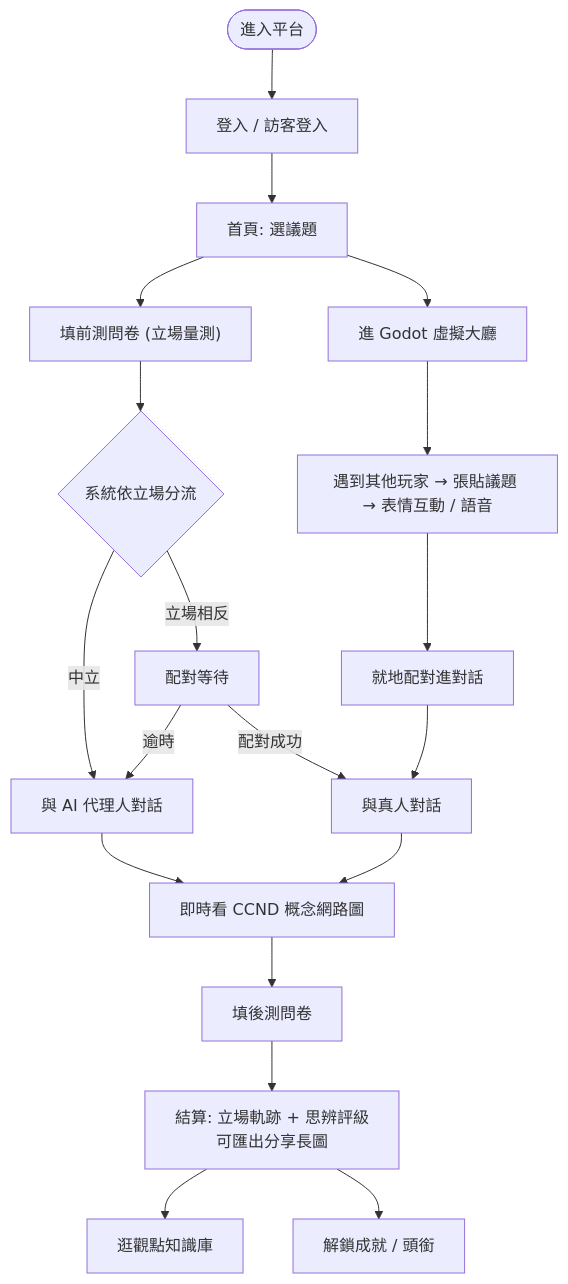
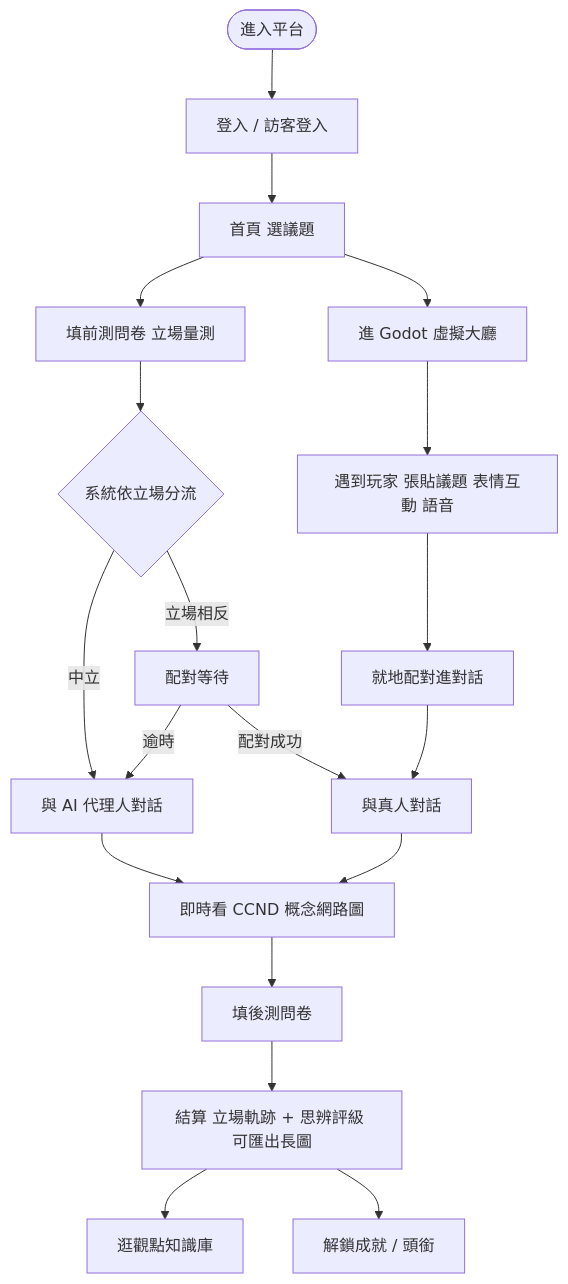
The sixth of 6 diagrams in ARCHITECTURE.md (Ceeeuu/TakeAbridge-Portfolio), drawn with Mermaid before and after one commit. The commit also changed other lines of this file, not shown here.

Commit message:
fix(docs): rewrite mermaid diagrams with widely-compatible syntax

````diff
--- a/ARCHITECTURE.md
+++ b/ARCHITECTURE.md
@@ -241,25 +241,25 @@
 ```mermaid
 flowchart TD
-    Start([進入平台]) --> Login["登入 / 訪客登入"]
-    Login --> Home["首頁: 選議題"]
-    Home --> Survey["填前測問卷 (立場量測)"]
+    Start(["進入平台"]) --> Login["登入 / 訪客登入"]
+    Login --> Home["首頁 選議題"]
+    Home --> Survey["填前測問卷 立場量測"]
     Survey --> Route{"系統依立場分流"}
 
     Route -->|中立| AIChat["與 AI 代理人對話"]
     Route -->|立場相反| Wait["配對等待"]
     Wait -->|逾時| AIChat
     Wait -->|配對成功| HHChat["與真人對話"]
 
     AIChat --> Tree["即時看 CCND 概念網路圖"]
     HHChat --> Tree
     Tree --> Post["填後測問卷"]
-    Post --> Result["結算: 立場軌跡 + 思辨評級<br/>可匯出分享長圖"]
+    Post --> Result["結算 立場軌跡 + 思辨評級 可匯出長圖"]
     Result --> KB["逛觀點知識庫"]
 
     Home --> Lobby["進 Godot 虛擬大廳"]
-    Lobby --> Meet["遇到其他玩家 → 張貼議題 → 表情互動 / 語音"]
+    Lobby --> Meet["遇到玩家 張貼議題 表情互動 語音"]
     Meet --> Match["就地配對進對話"]
     Match --> HHChat
 
     Result --> Ach["解鎖成就 / 頭銜"]
 ```
````
